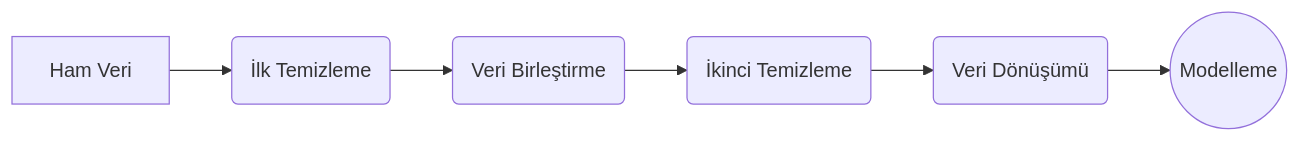
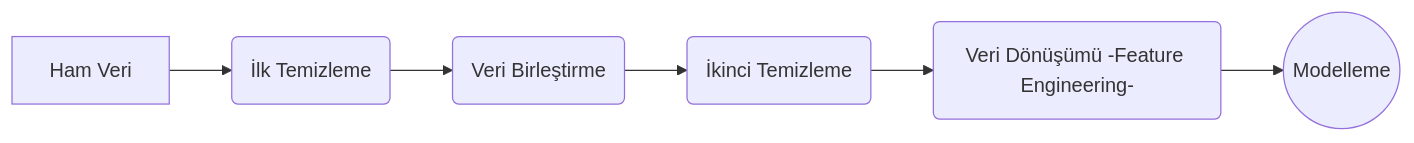
Before and after one commit to meto-data/noetic-logos: the diagram in content/1-ders-notlari/2-sinif/2-2-bahar/veri-madenciligi/teorik-notlar/veri-madenciligi-2.md, drawn with Mermaid. The commit also changed other lines of this file and 3 other files, not shown here.

````diff
--- a/content/1-ders-notlari/2-sinif/2-2-bahar/veri-madenciligi/teorik-notlar/veri-madenciligi-2.md
+++ b/content/1-ders-notlari/2-sinif/2-2-bahar/veri-madenciligi/teorik-notlar/veri-madenciligi-2.md
@@ -75,8 +75,8 @@
 ```mermaid
 graph LR
     A[Ham Veri] --> B(İlk Temizleme)
     B --> C(Veri Birleştirme)
     C --> D(İkinci Temizleme)
-    D --> E(Veri Dönüşümü)
+    D --> E(Veri Dönüşümü -Feature Engineering-)
     E --> F((Modelleme))
 ```
````
